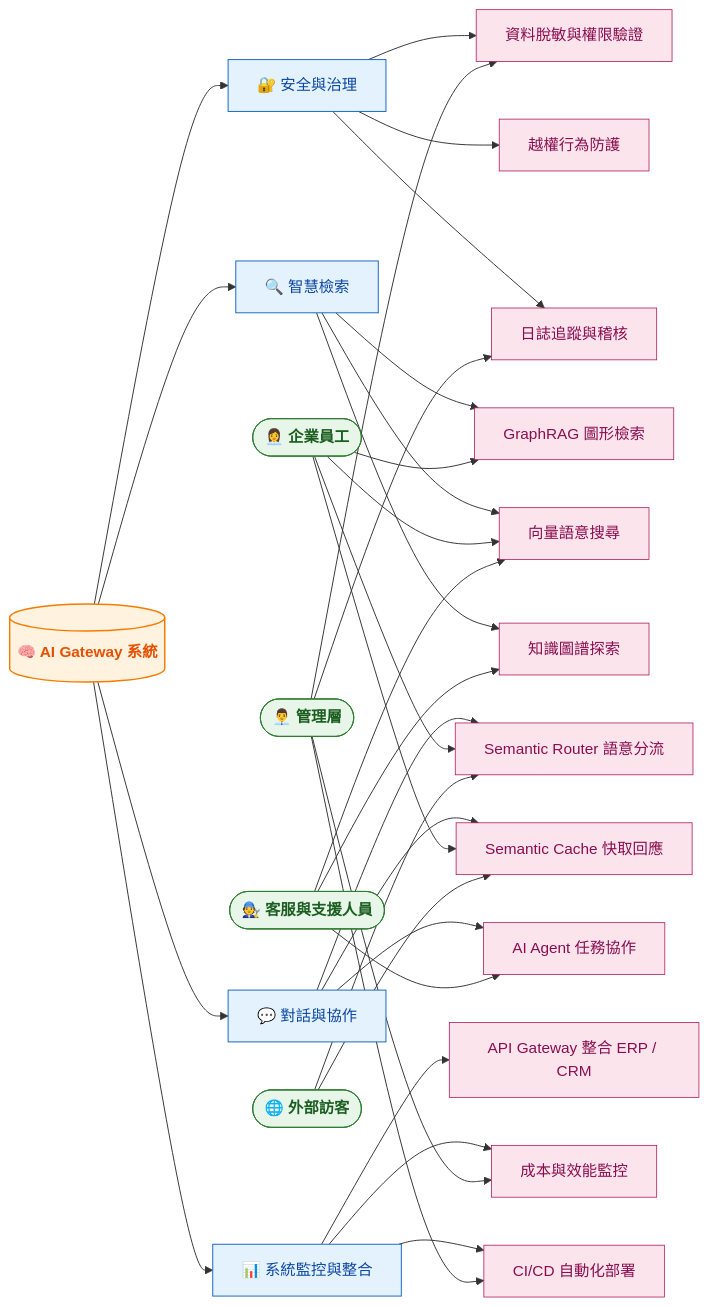
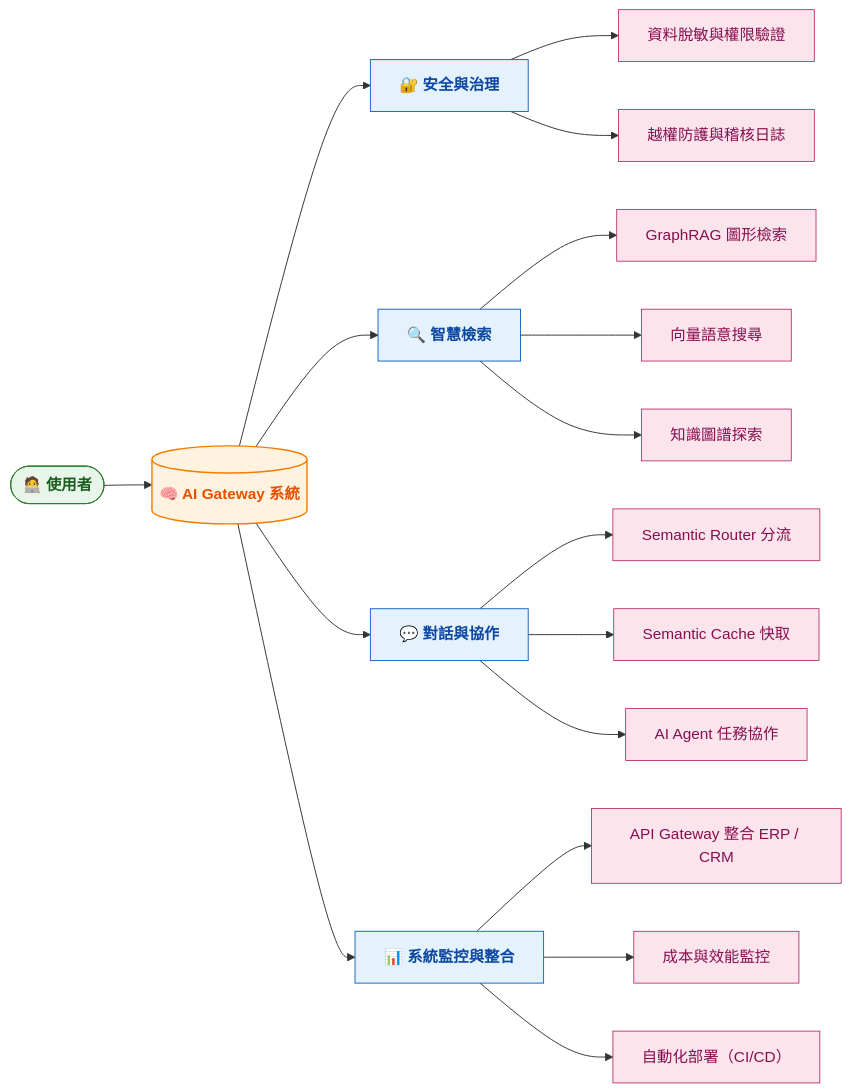
One commit to Reiyu01/TeamGroup changed the second of 2 diagrams in hw3.md. Above: the diagram before and after it, drawn with Mermaid.

Commit message:
Refactor use case diagram for clarity and style

````diff
--- a/hw3.md
+++ b/hw3.md
@@ -109,72 +109,47 @@
 ```mermaid
+%% 單一使用者流程 + 美觀樣式版
 graph LR
-    %% === 使用者角色 ===
-    U1([👩‍💼 企業員工])
-    U2([🧑‍🔧 客服與支援人員])
-    U3([👨‍💼 管理層])
-    U4([🌐 外部訪客])
-
-    %% === 系統主體 ===
+    %% 使用者與系統
+    U([🧑‍💻 使用者])
     S[(🧠 AI Gateway 系統)]
 
-    %% === 功能模組 ===
+    %% 功能模組
     S --> F1[🔐 安全與治理]
     S --> F2[🔍 智慧檢索]
     S --> F3[💬 對話與協作]
     S --> F4[📊 系統監控與整合]
 
-    %% === 子用例 ===
     %% 安全與治理
     F1 --> A1[資料脫敏與權限驗證]
-    F1 --> A2[越權行為防護]
-    F1 --> A3[日誌追蹤與稽核]
+    F1 --> A2[越權防護與稽核日誌]
 
     %% 智慧檢索
     F2 --> B1[GraphRAG 圖形檢索]
     F2 --> B2[向量語意搜尋]
     F2 --> B3[知識圖譜探索]
 
     %% 對話與協作
-    F3 --> C1[Semantic Router 語意分流]
-    F3 --> C2[Semantic Cache 快取回應]
+    F3 --> C1[Semantic Router 分流]
+    F3 --> C2[Semantic Cache 快取]
     F3 --> C3[AI Agent 任務協作]
 
     %% 系統監控與整合
     F4 --> D1[API Gateway 整合 ERP / CRM]
     F4 --> D2[成本與效能監控]
-    F4 --> D3[CI/CD 自動化部署]
+    F4 --> D3[自動化部署（CI/CD）]
 
-    %% === 使用者與功能互動 ===
-    %% 企業員工
-    U1 --> B1
-    U1 --> B2
-    U1 --> C1
-    U1 --> C2
+    %% 使用者連線
+    U --> S
 
-    %% 客服與支援人員
-    U2 --> B2
-    U2 --> B3
-    U2 --> C3
-
-    %% 管理層
-    U3 --> A1
-    U3 --> A3
-    U3 --> D2
-    U3 --> D3
-
-    %% 外部訪客
-    U4 --> C1
-    U4 --> C2
-
-    %% === 樣式設定 ===
+    %% 視覺樣式
     classDef user fill:#E8F5E9,stroke:#2E7D32,stroke-width:1px,color:#1B5E20,font-weight:bold;
     classDef system fill:#FFF3E0,stroke:#F57C00,stroke-width:1.5px,color:#E65100,font-weight:bold;
-    classDef module fill:#E3F2FD,stroke:#1565C0,stroke-width:1px,color:#0D47A1;
+    classDef module fill:#E3F2FD,stroke:#1565C0,stroke-width:1px,color:#0D47A1,font-weight:bold;
     classDef case fill:#FCE4EC,stroke:#AD1457,stroke-width:0.8px,color:#880E4F;
 
-    class U1,U2,U3,U4 user;
+    class U user;
     class S system;
     class F1,F2,F3,F4 module;
-    class A1,A2,A3,B1,B2,B3,C1,C2,C3,D1,D2,D3 case;
+    class A1,A2,B1,B2,B3,C1,C2,C3,D1,D2,D3 case;
 
 ```
````
